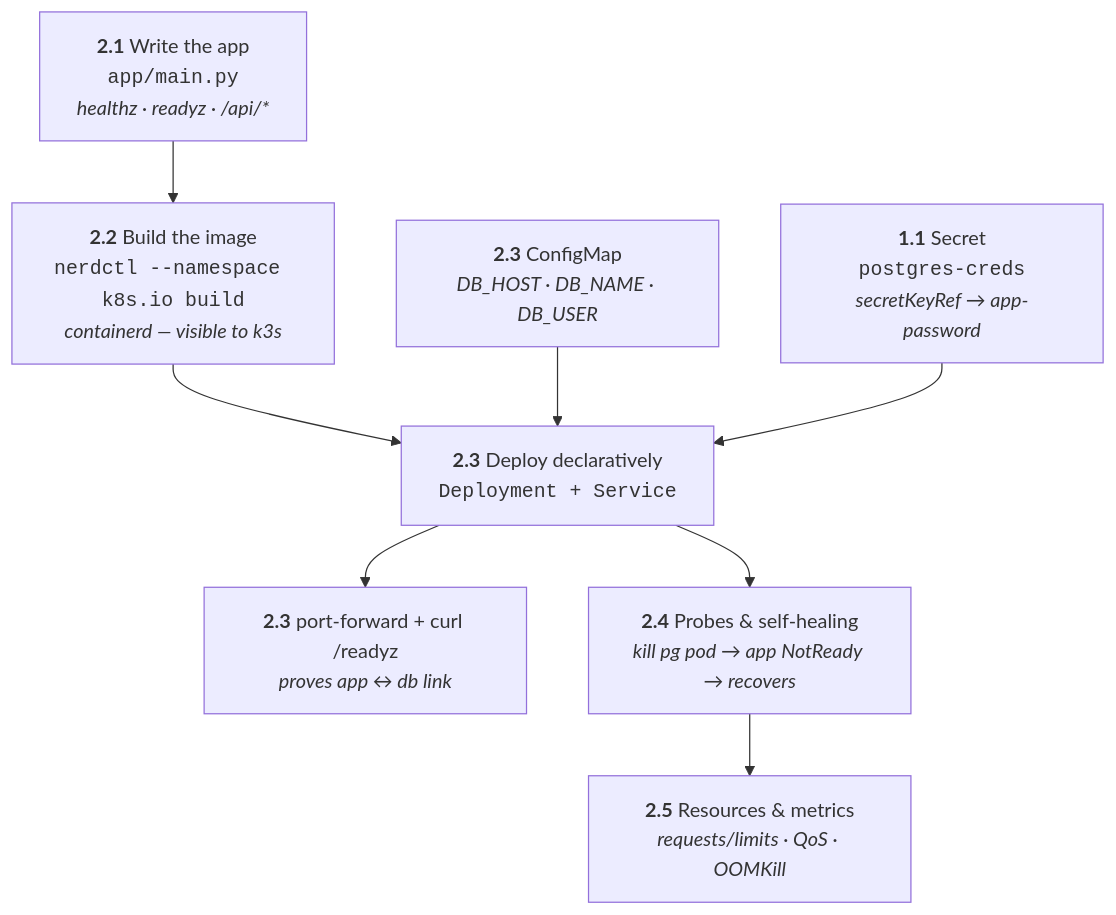
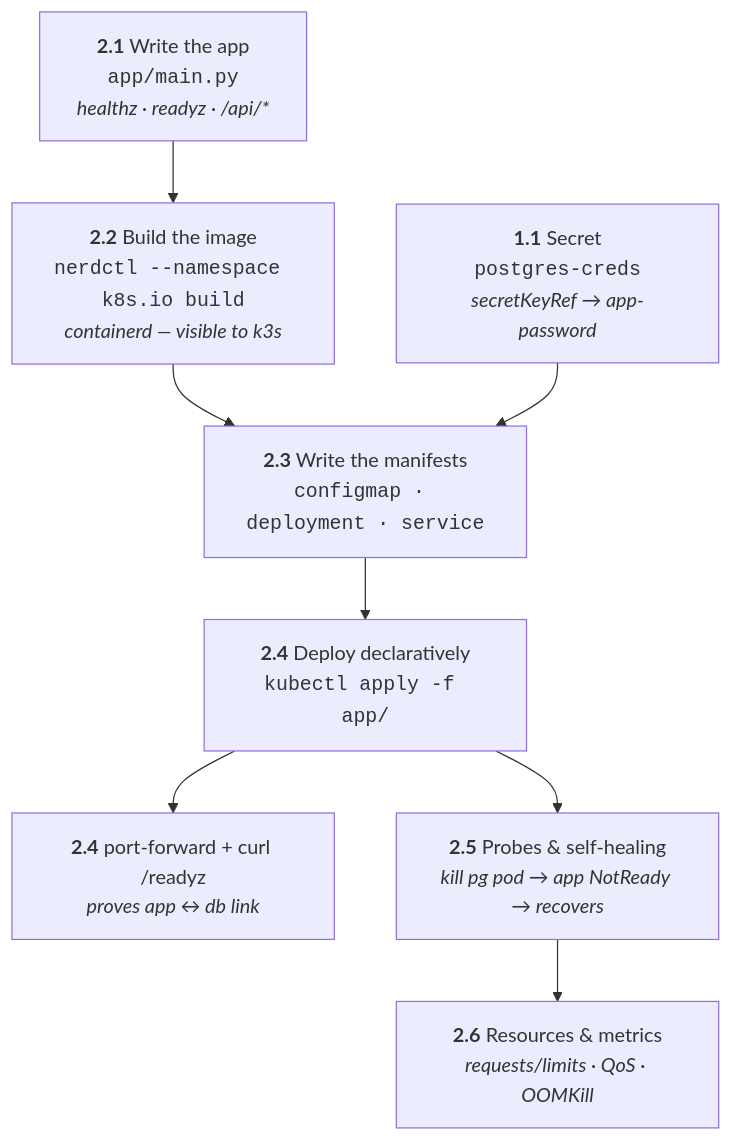
Before and after one commit to francoisharmse/k8s-tutorial: the diagram in docs/steps/phase-2.md, drawn with Mermaid. The commit also changed other lines of this file and 4 other files, not shown here.

Commit message:
Updated Phase 2 step numbering from 2.3-2.5 to 2.3-2.6, split deployment into separate manifest authoring (2.3) and apply (2.4) steps, added ConfigMap/Deployment/Service YAML creation with inline explanations for envFrom/secretKeyRef/probe/resource fields, and updated concepts-map.md step references

````diff
--- a/docs/steps/phase-2.md
+++ b/docs/steps/phase-2.md
@@ -7,17 +7,16 @@
 ```mermaid
 flowchart TB
     code["<b>2.1</b> Write the app<br/><code>app/main.py</code><br/><i>healthz · readyz · /api/*</i>"]
     img["<b>2.2</b> Build the image<br/><code>nerdctl --namespace k8s.io build</code><br/><i>containerd — visible to k3s</i>"]
-    dep["<b>2.3</b> Deploy declaratively<br/><code>Deployment + Service</code>"]
-    cfg["<b>2.3</b> ConfigMap<br/><i>DB_HOST · DB_NAME · DB_USER</i>"]
+    mani["<b>2.3</b> Write the manifests<br/><code>configmap · deployment · service</code>"]
+    dep["<b>2.4</b> Deploy declaratively<br/><code>kubectl apply -f app/</code>"]
     scrt["<b>1.1</b> Secret<br/><code>postgres-creds</code><br/><i>secretKeyRef → app-password</i>"]
-    pf["<b>2.3</b> port-forward + curl /readyz<br/><i>proves app ↔ db link</i>"]
-    probe["<b>2.4</b> Probes &amp; self-healing<br/><i>kill pg pod → app NotReady → recovers</i>"]
-    res["<b>2.5</b> Resources &amp; metrics<br/><i>requests/limits · QoS · OOMKill</i>"]
+    pf["<b>2.4</b> port-forward + curl /readyz<br/><i>proves app ↔ db link</i>"]
+    probe["<b>2.5</b> Probes &amp; self-healing<br/><i>kill pg pod → app NotReady → recovers</i>"]
+    res["<b>2.6</b> Resources &amp; metrics<br/><i>requests/limits · QoS · OOMKill</i>"]
 
-    code --> img --> dep
-    cfg --> dep
-    scrt --> dep
+    code --> img --> mani --> dep
+    scrt --> mani
     dep --> pf
     dep --> probe --> res
 ```
````
